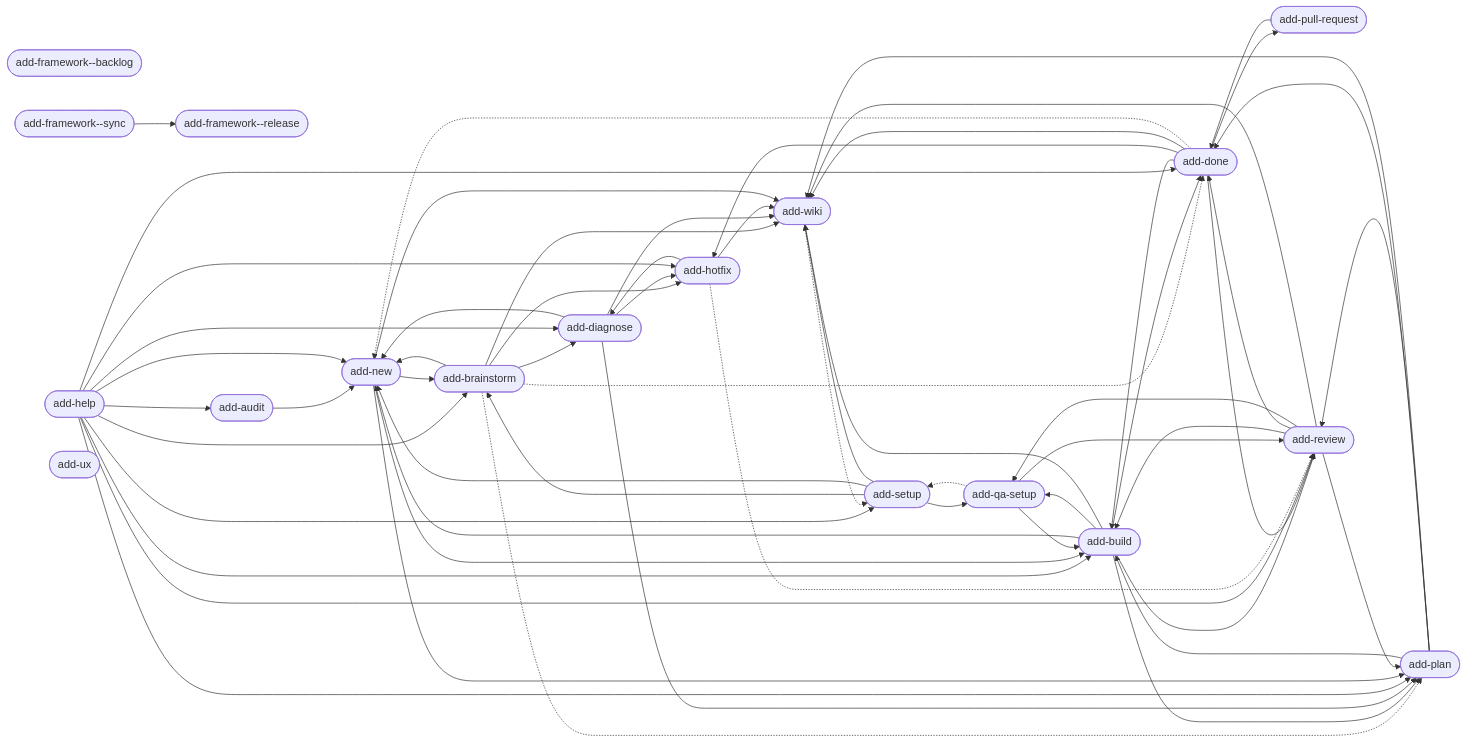
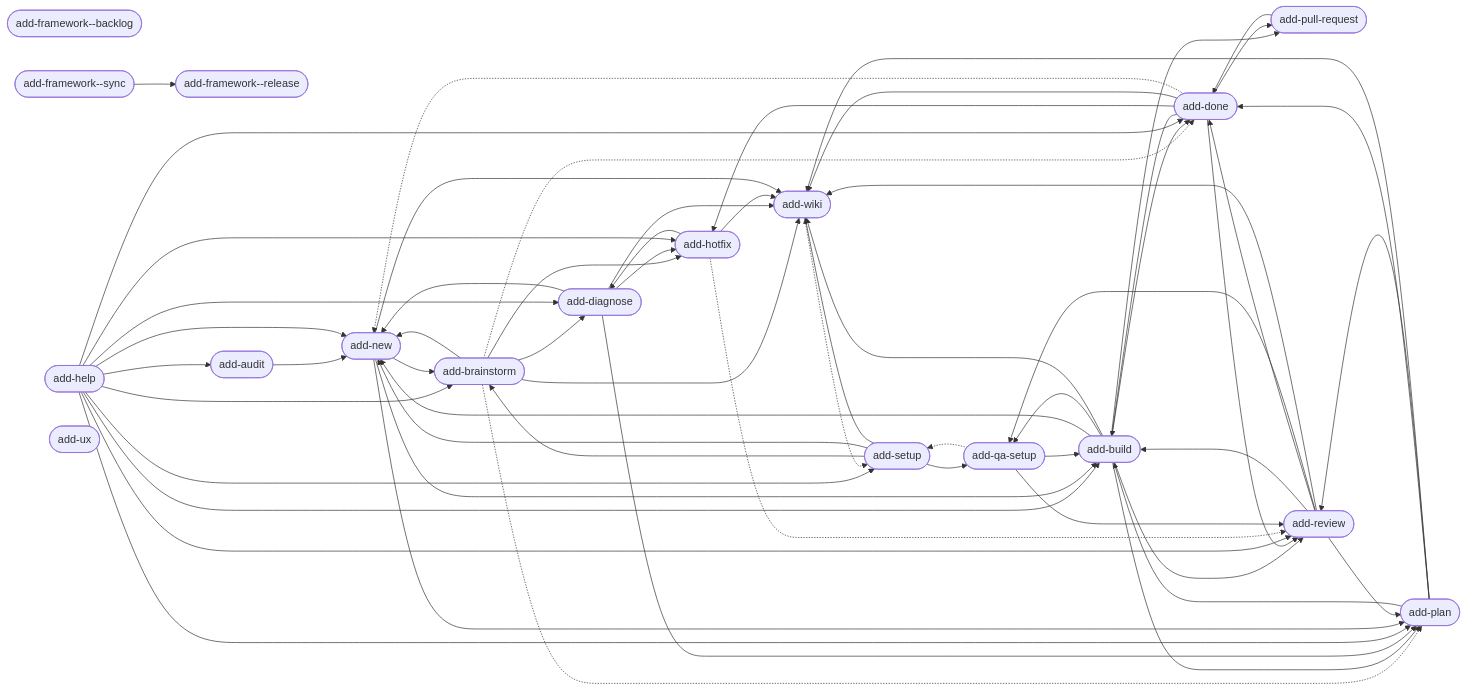
Before and after one commit to brabos-ai/code-addiction: the diagram in web/public/artefact-graph.mmd, drawn with Mermaid. The commit also changed 4 other files, not shown here.

```diff
--- a/web/public/artefact-graph.mmd
+++ b/web/public/artefact-graph.mmd
@@ -1,78 +1,79 @@
 flowchart LR
     n_internal_command_add_framework__backlog(["add-framework--backlog"])
     n_internal_command_add_framework__release(["add-framework--release"])
     n_internal_command_add_framework__sync(["add-framework--sync"])
     n_product_command_add_audit(["add-audit"])
     n_product_command_add_brainstorm(["add-brainstorm"])
     n_product_command_add_build(["add-build"])
     n_product_command_add_diagnose(["add-diagnose"])
     n_product_command_add_done(["add-done"])
     n_product_command_add_help(["add-help"])
     n_product_command_add_hotfix(["add-hotfix"])
     n_product_command_add_new(["add-new"])
     n_product_command_add_plan(["add-plan"])
     n_product_command_add_pull_request(["add-pull-request"])
     n_product_command_add_qa_setup(["add-qa-setup"])
     n_product_command_add_review(["add-review"])
     n_product_command_add_setup(["add-setup"])
     n_product_command_add_ux(["add-ux"])
     n_product_command_add_wiki(["add-wiki"])
     n_internal_command_add_framework__sync --> n_internal_command_add_framework__release
     n_product_command_add_audit --> n_product_command_add_new
     n_product_command_add_brainstorm --> n_product_command_add_diagnose
     n_product_command_add_brainstorm --> n_product_command_add_hotfix
     n_product_command_add_brainstorm --> n_product_command_add_new
     n_product_command_add_brainstorm --> n_product_command_add_wiki
     n_product_command_add_brainstorm -.-> n_product_command_add_done
     n_product_command_add_brainstorm -.-> n_product_command_add_plan
     n_product_command_add_build --> n_product_command_add_done
     n_product_command_add_build --> n_product_command_add_new
     n_product_command_add_build --> n_product_command_add_plan
+    n_product_command_add_build --> n_product_command_add_pull_request
     n_product_command_add_build --> n_product_command_add_qa_setup
     n_product_command_add_build --> n_product_command_add_review
     n_product_command_add_build --> n_product_command_add_wiki
     n_product_command_add_diagnose --> n_product_command_add_hotfix
     n_product_command_add_diagnose --> n_product_command_add_new
     n_product_command_add_diagnose --> n_product_command_add_plan
     n_product_command_add_diagnose --> n_product_command_add_wiki
     n_product_command_add_done --> n_product_command_add_build
     n_product_command_add_done --> n_product_command_add_hotfix
     n_product_command_add_done --> n_product_command_add_pull_request
     n_product_command_add_done --> n_product_command_add_review
     n_product_command_add_done --> n_product_command_add_wiki
     n_product_command_add_done -.-> n_product_command_add_new
     n_product_command_add_help --> n_product_command_add_audit
     n_product_command_add_help --> n_product_command_add_brainstorm
     n_product_command_add_help --> n_product_command_add_build
     n_product_command_add_help --> n_product_command_add_diagnose
     n_product_command_add_help --> n_product_command_add_done
     n_product_command_add_help --> n_product_command_add_hotfix
     n_product_command_add_help --> n_product_command_add_new
     n_product_command_add_help --> n_product_command_add_plan
     n_product_command_add_help --> n_product_command_add_review
     n_product_command_add_help --> n_product_command_add_setup
     n_product_command_add_hotfix --> n_product_command_add_diagnose
     n_product_command_add_hotfix --> n_product_command_add_wiki
     n_product_command_add_hotfix -.-> n_product_command_add_review
     n_product_command_add_new --> n_product_command_add_brainstorm
     n_product_command_add_new --> n_product_command_add_build
     n_product_command_add_new --> n_product_command_add_plan
     n_product_command_add_new --> n_product_command_add_wiki
     n_product_command_add_plan --> n_product_command_add_build
     n_product_command_add_plan --> n_product_command_add_done
     n_product_command_add_plan --> n_product_command_add_review
     n_product_command_add_plan --> n_product_command_add_wiki
     n_product_command_add_pull_request --> n_product_command_add_done
     n_product_command_add_qa_setup --> n_product_command_add_build
     n_product_command_add_qa_setup --> n_product_command_add_review
     n_product_command_add_qa_setup -.-> n_product_command_add_setup
     n_product_command_add_review --> n_product_command_add_build
     n_product_command_add_review --> n_product_command_add_done
     n_product_command_add_review --> n_product_command_add_plan
     n_product_command_add_review --> n_product_command_add_qa_setup
     n_product_command_add_review --> n_product_command_add_wiki
     n_product_command_add_setup --> n_product_command_add_brainstorm
     n_product_command_add_setup --> n_product_command_add_new
     n_product_command_add_setup --> n_product_command_add_qa_setup
     n_product_command_add_setup --> n_product_command_add_wiki
     n_product_command_add_wiki -.-> n_product_command_add_setup
```
